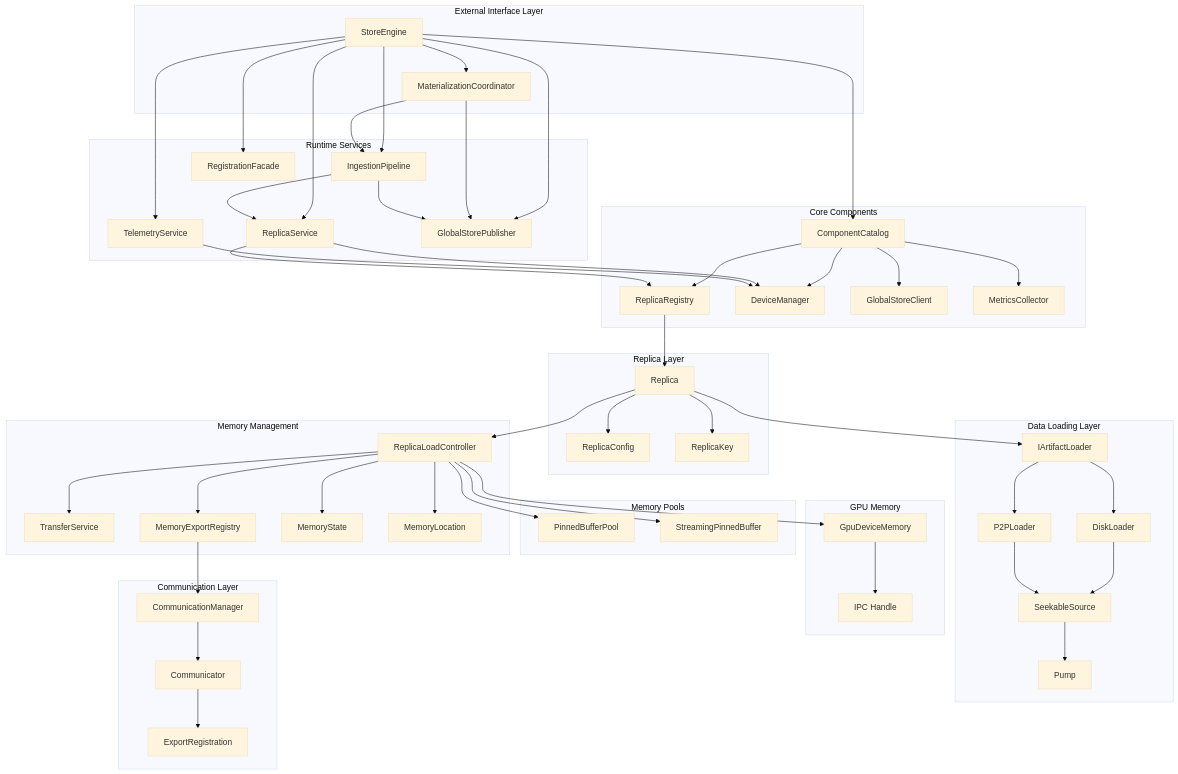
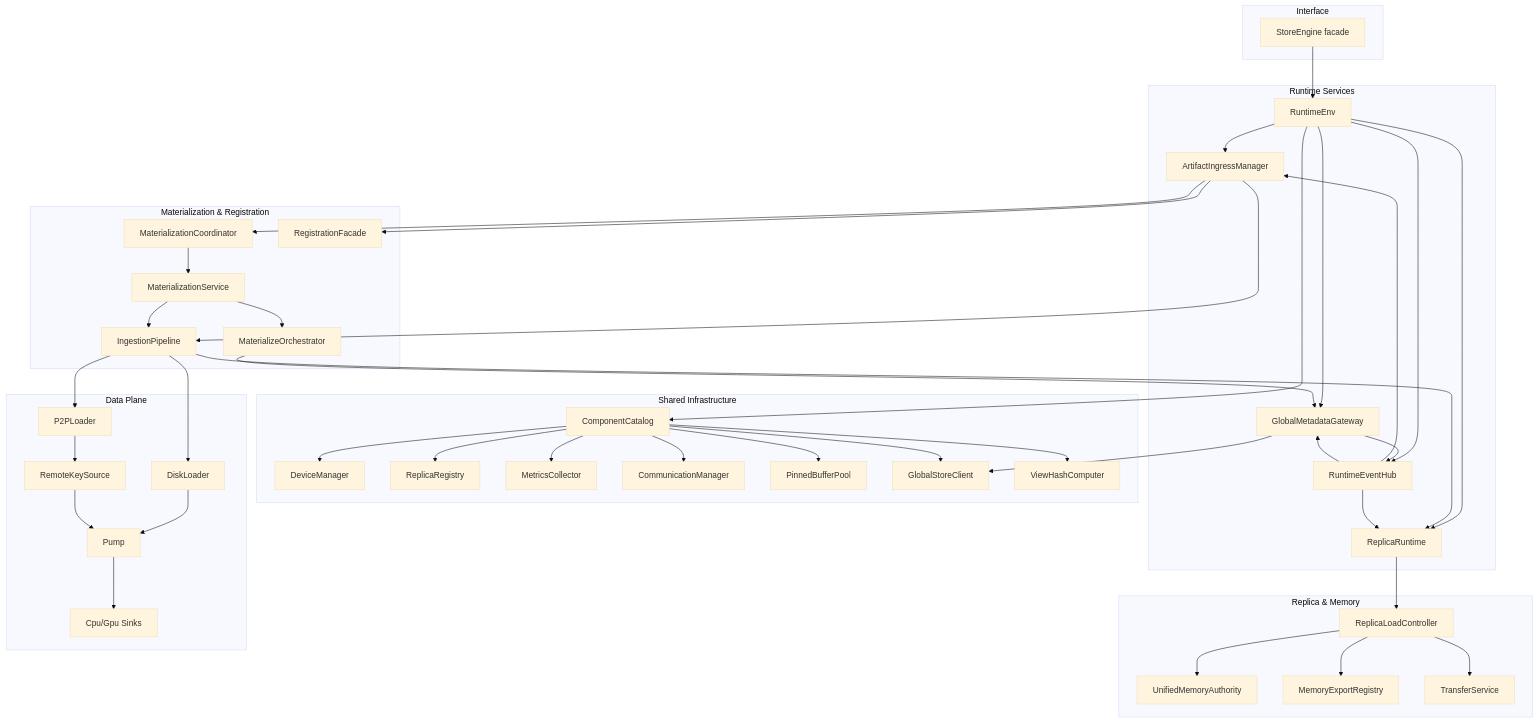
One commit to tensorcast-ai/tensorcast changed the first of 3 diagrams in core/store/docs/architecture.md. Above: the diagram before and after it, drawn with Mermaid (base theme). The commit also changed other lines of this file and 47 other files, not shown here.

Commit message:
refactor(store): rearchitect runtime components for improved modularity (#103)

````diff
--- a/core/store/docs/architecture.md
+++ b/core/store/docs/architecture.md
@@ -18,106 +16,79 @@
 ```mermaid
 graph TB
-    subgraph "External Interface Layer"
-        CS[StoreEngine]
-        PO[MaterializationCoordinator]
+    subgraph "Interface"
+        SE[StoreEngine facade]
     end
-
-    subgraph "Core Components"
+    subgraph "Runtime Services"
+        RE[RuntimeEnv]
+        AIM[ArtifactIngressManager]
+        RR[ReplicaRuntime]
+        GMG[GlobalMetadataGateway]
+        EH[RuntimeEventHub]
+    end
+    subgraph "Shared Infrastructure"
         CC[ComponentCatalog]
-        MR[ReplicaRegistry]
         DM[DeviceManager]
+        REG[ReplicaRegistry]
+        MC[MetricsCollector]
+        COMM[CommunicationManager]
+        PB[PinnedBufferPool]
         GSC[GlobalStoreClient]
-        MC[MetricsCollector]
+        VHC[ViewHashComputer]
     end
-
-    subgraph "Replica Layer"
-        M[Replica]
-        MCF[ReplicaConfig]
-        IK[ReplicaKey]
+    subgraph "Materialization & Registration"
+        MCoor[MaterializationCoordinator]
+        IP[IngestionPipeline]
+        RF[RegistrationFacade]
+        MZ[MaterializationService]
+        MO[MaterializeOrchestrator]
     end
-
-    subgraph "Memory Management"
-        MM[ReplicaLoadController]
+    subgraph "Replica & Memory"
+        RLC[ReplicaLoadController]
+        UMA[UnifiedMemoryAuthority]
+        MER[MemoryExportRegistry]
         TS[TransferService]
-        CES[MemoryExportRegistry]
-        MS[MemoryState]
-        ML[MemoryLocation]
     end
-
-    subgraph "Data Loading Layer"
-        IL[IArtifactLoader]
+    subgraph "Data Plane"
         DL[DiskLoader]
         PL[P2PLoader]
-        SS[SeekableSource]
-        P[Pump]
+        RKS[RemoteKeySource]
+        Pump[Pump]
+        Sink[Cpu/Gpu Sinks]
     end
-
-    subgraph "Memory Pools"
-        PMP[PinnedBufferPool]
-        SPB[StreamingPinnedBuffer]
-    end
-
-    subgraph "GPU Memory"
-        CM[GpuDeviceMemory]
-        IPC[IPC Handle]
-    end
-
-    subgraph "Communication Layer"
-        CMN[CommunicationManager]
-        CE[Communicator]
-        CRI[ExportRegistration]
-    end
-
-    subgraph "Runtime Services"
-        RS[ReplicaService]
-        TP[TelemetryService]
-        GP[GlobalStorePublisher]
-        IP[IngestionPipeline]
-        RF[RegistrationFacade]
-    end
-
-    CS --> PO
-    CS --> RS
-    CS --> TP
-    CS --> GP
-    CS --> IP
-    CS --> RF
-    CS --> CC
-    CC --> MR
+    SE --> RE
+    RE --> AIM
+    RE --> RR
+    RE --> GMG
+    RE --> EH
+    RE --> CC
     CC --> DM
+    CC --> REG
+    CC --> MC
+    CC --> COMM
+    CC --> PB
     CC --> GSC
-    CC --> MC
-    PO --> IP
-    PO --> GP
-    RS --> MR
-    RS --> DM
-    IP --> RS
-    IP --> GP
-    TP --> DM
-
-    MR --> M
-    M --> IK
-    M --> MM
-    M --> IL
-    M --> MCF
-
-    MM --> TS
-    MM --> CES
-    MM --> MS
-    MM --> ML
-    MM --> PMP
-    MM --> SPB
-    MM --> CM
-
-    IL --> DL
-    IL --> PL
-    DL --> SS
-    PL --> SS
-    SS --> P
-
-    CES --> CMN
-    CMN --> CE
-    CE --> CRI
-
-    CM --> IPC
+    CC --> VHC
+    AIM --> MCoor
+    AIM --> IP
+    AIM --> RF
+    MCoor --> MZ
+    MZ --> IP
+    MZ --> MO
+    MO --> GMG
+    IP --> RR
+    RR --> RLC
+    RLC --> UMA
+    RLC --> TS
+    RLC --> MER
+    IP --> DL
+    IP --> PL
+    PL --> RKS
+    DL --> Pump
+    RKS --> Pump
+    Pump --> Sink
+    GMG --> GSC
+    GMG --> EH
+    EH --> RR
+    EH --> AIM
+    EH --> GMG
 ```
````
